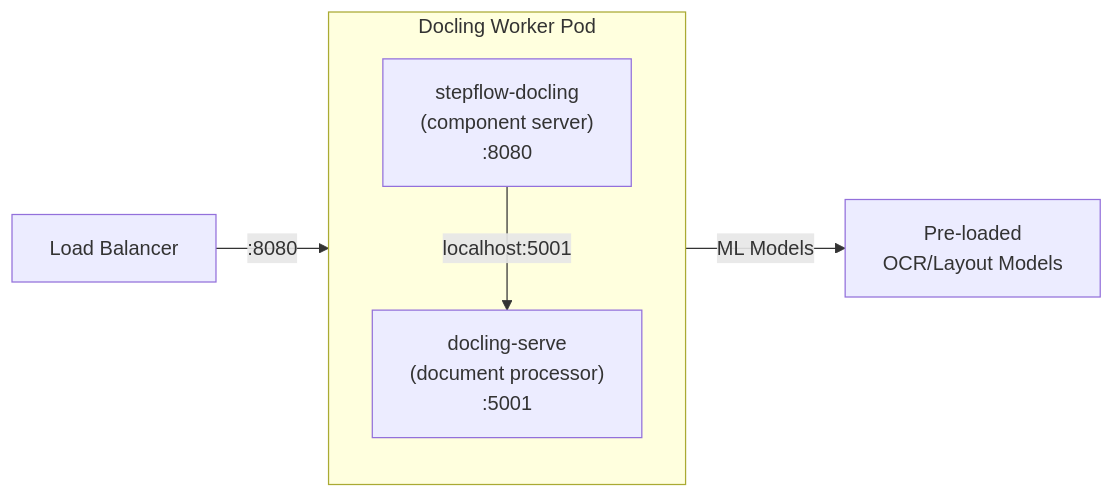
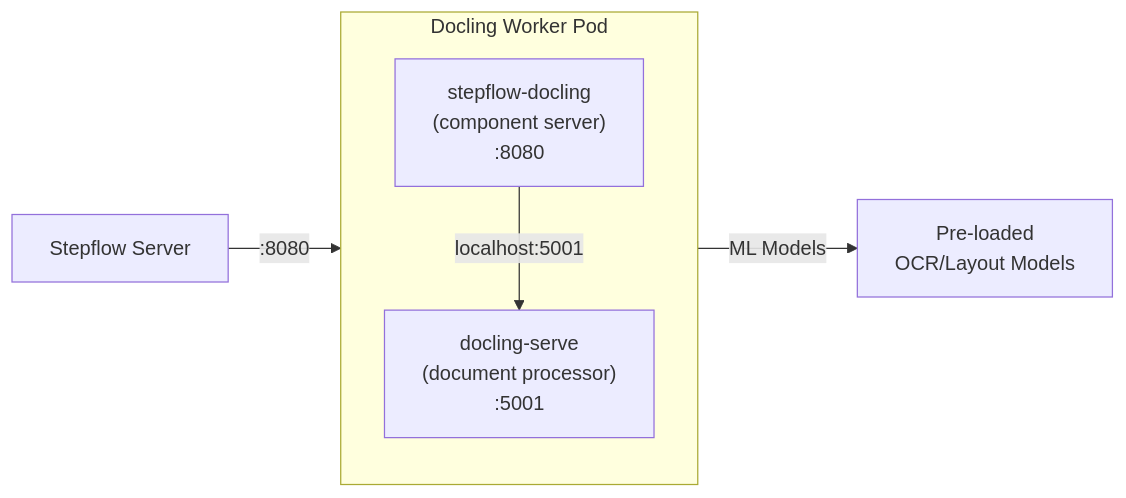
One commit to stepflow-ai/stepflow changed the second of 3 diagrams in examples/production/k8s/README.md. Above: the diagram before and after it, drawn with Mermaid. The commit also changed other lines of this file and 19 other files, not shown here.

First line of the commit message:
chore: Remove deprecated stepflow-docling example and load balancer references (#870)

````diff
--- a/examples/production/k8s/README.md
+++ b/examples/production/k8s/README.md
@@ -77,12 +74,12 @@
 ```mermaid
 flowchart LR
     subgraph pod["Docling Worker Pod"]
         direction TB
         SF["stepflow-docling<br/>(component server)<br/>:8080"]
         DS["docling-serve<br/>(document processor)<br/>:5001"]
         SF -->|"localhost:5001"| DS
     end
 
-    LB["Load Balancer"] -->|":8080"| SF
+    Server["Stepflow Server"] -->|":8080"| SF
     DS -->|"ML Models"| Models["Pre-loaded<br/>OCR/Layout Models"]
 ```
````
